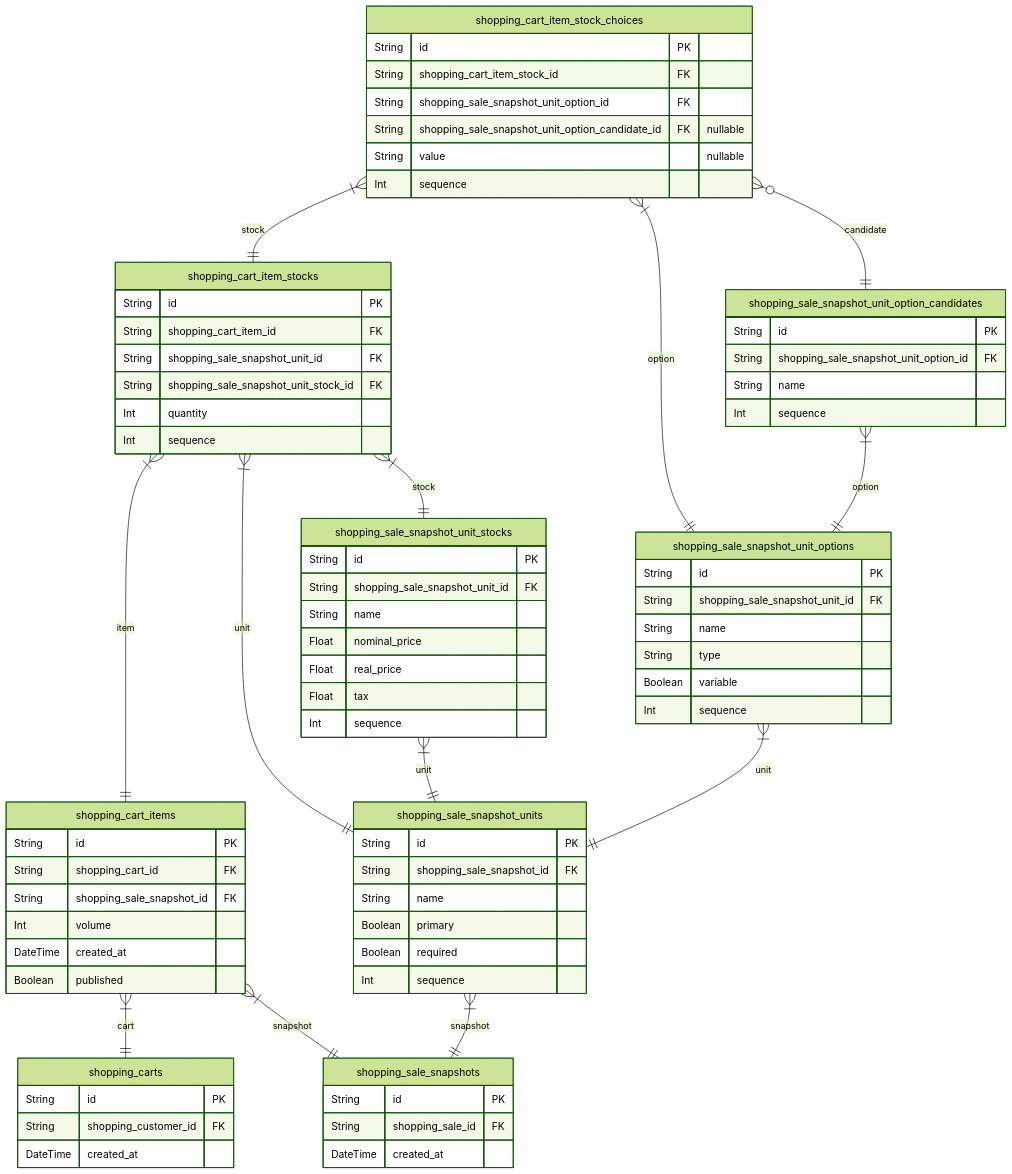
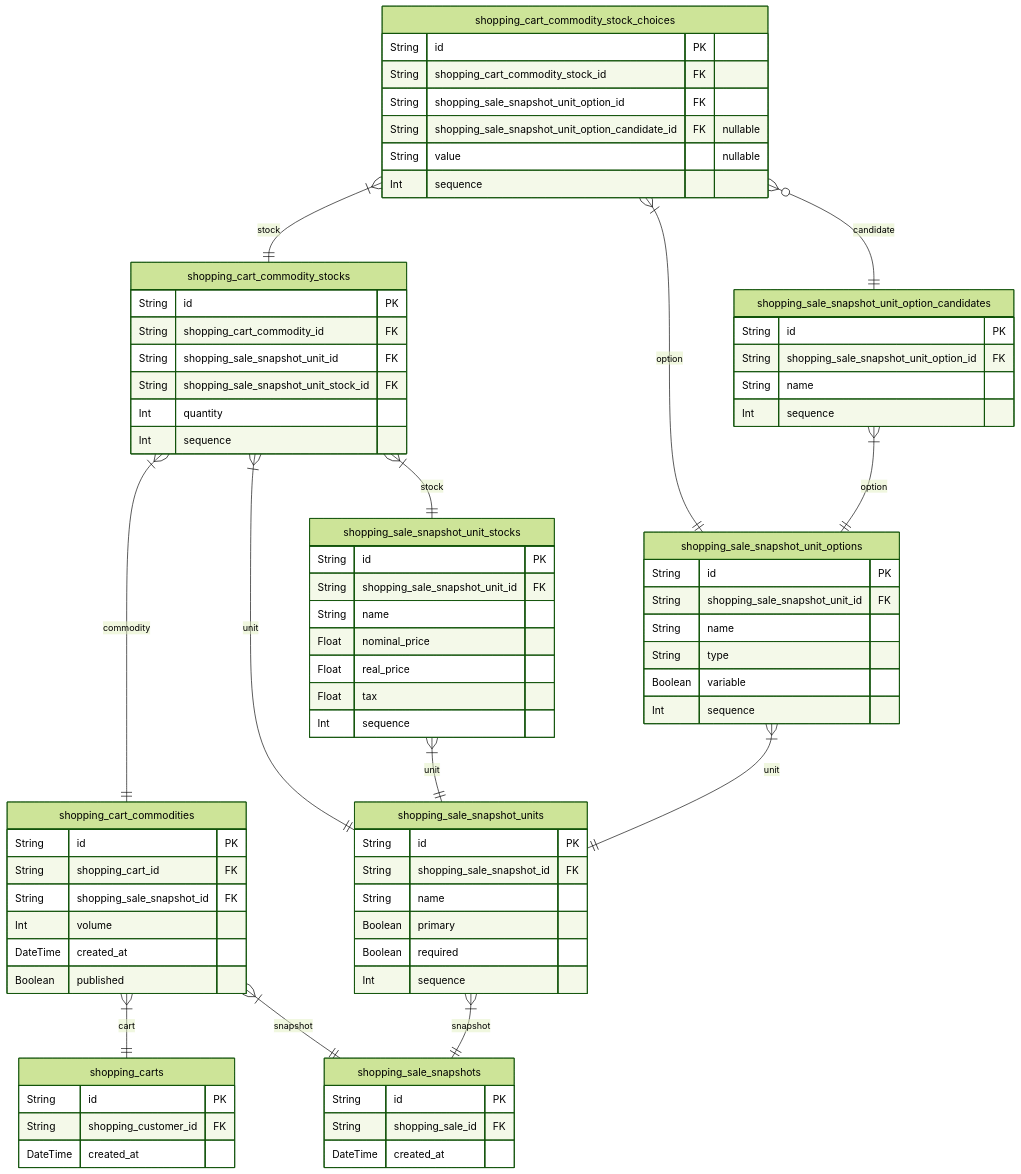
One commit to samchon/prisma-markdown changed the fifth of 9 diagrams in ERD.md. Above: the diagram before and after it, drawn with Mermaid (forest theme). The commit also changed other lines of this file and 1 other file, not shown here.

First line of the commit message:
Update schema.prisma

````diff
--- a/ERD.md
+++ b/ERD.md
@@ -1117,80 +1123,80 @@
 ```mermaid
 erDiagram
 shopping_carts {
     String id PK
     String shopping_customer_id FK
     DateTime created_at
 }
-shopping_cart_items {
+shopping_cart_commodities {
     String id PK
     String shopping_cart_id FK
     String shopping_sale_snapshot_id FK
     Int volume
     DateTime created_at
     Boolean published
 }
-shopping_cart_item_stocks {
+shopping_cart_commodity_stocks {
     String id PK
-    String shopping_cart_item_id FK
+    String shopping_cart_commodity_id FK
     String shopping_sale_snapshot_unit_id FK
     String shopping_sale_snapshot_unit_stock_id FK
     Int quantity
     Int sequence
 }
-shopping_cart_item_stock_choices {
+shopping_cart_commodity_stock_choices {
     String id PK
-    String shopping_cart_item_stock_id FK
+    String shopping_cart_commodity_stock_id FK
     String shopping_sale_snapshot_unit_option_id FK
     String shopping_sale_snapshot_unit_option_candidate_id FK "nullable"
     String value "nullable"
     Int sequence
 }
 shopping_sale_snapshots {
     String id PK
     String shopping_sale_id FK
     DateTime created_at
 }
 shopping_sale_snapshot_units {
     String id PK
     String shopping_sale_snapshot_id FK
     String name
     Boolean primary
     Boolean required
     Int sequence
 }
 shopping_sale_snapshot_unit_options {
     String id PK
     String shopping_sale_snapshot_unit_id FK
     String name
     String type
     Boolean variable
     Int sequence
 }
 shopping_sale_snapshot_unit_option_candidates {
     String id PK
     String shopping_sale_snapshot_unit_option_id FK
     String name
     Int sequence
 }
 shopping_sale_snapshot_unit_stocks {
     String id PK
     String shopping_sale_snapshot_unit_id FK
     String name
     Float nominal_price
     Float real_price
     Float tax
     Int sequence
 }
-shopping_cart_items }|--|| shopping_carts : cart
-shopping_cart_items }|--|| shopping_sale_snapshots : snapshot
-shopping_cart_item_stocks }|--|| shopping_cart_items : item
-shopping_cart_item_stocks }|--|| shopping_sale_snapshot_units : unit
-shopping_cart_item_stocks }|--|| shopping_sale_snapshot_unit_stocks : stock
-shopping_cart_item_stock_choices }|--|| shopping_cart_item_stocks : stock
-shopping_cart_item_stock_choices }|--|| shopping_sale_snapshot_unit_options : option
-shopping_cart_item_stock_choices }o--|| shopping_sale_snapshot_unit_option_candidates : candidate
+shopping_cart_commodities }|--|| shopping_carts : cart
+shopping_cart_commodities }|--|| shopping_sale_snapshots : snapshot
+shopping_cart_commodity_stocks }|--|| shopping_cart_commodities : commodity
+shopping_cart_commodity_stocks }|--|| shopping_sale_snapshot_units : unit
+shopping_cart_commodity_stocks }|--|| shopping_sale_snapshot_unit_stocks : stock
+shopping_cart_commodity_stock_choices }|--|| shopping_cart_commodity_stocks : stock
+shopping_cart_commodity_stock_choices }|--|| shopping_sale_snapshot_unit_options : option
+shopping_cart_commodity_stock_choices }o--|| shopping_sale_snapshot_unit_option_candidates : candidate
 shopping_sale_snapshot_units }|--|| shopping_sale_snapshots : snapshot
 shopping_sale_snapshot_unit_options }|--|| shopping_sale_snapshot_units : unit
 shopping_sale_snapshot_unit_option_candidates }|--|| shopping_sale_snapshot_unit_options : option
 shopping_sale_snapshot_unit_stocks }|--|| shopping_sale_snapshot_units : unit
 ```
````
